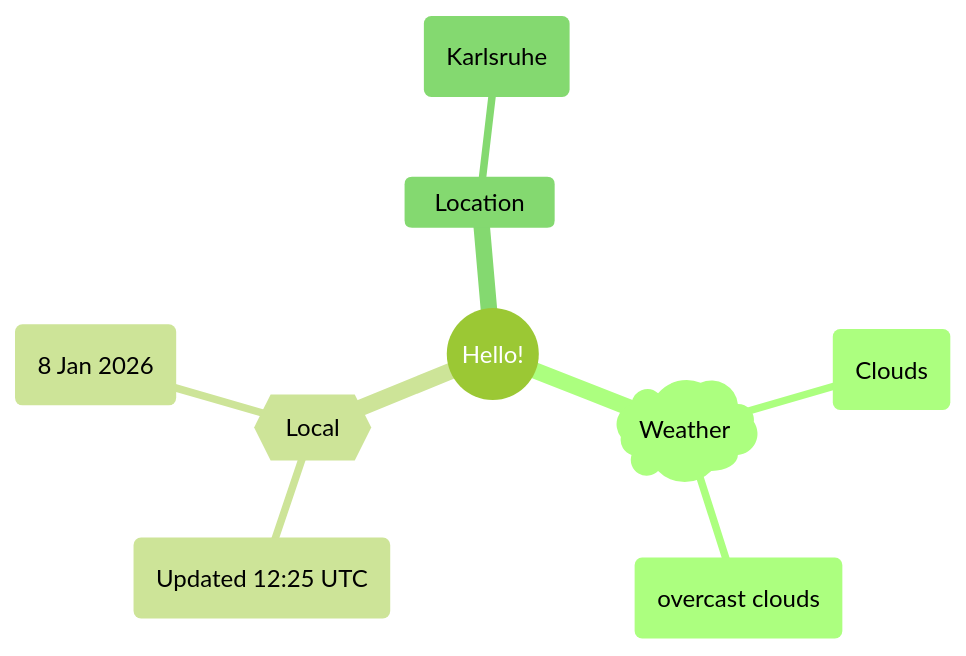
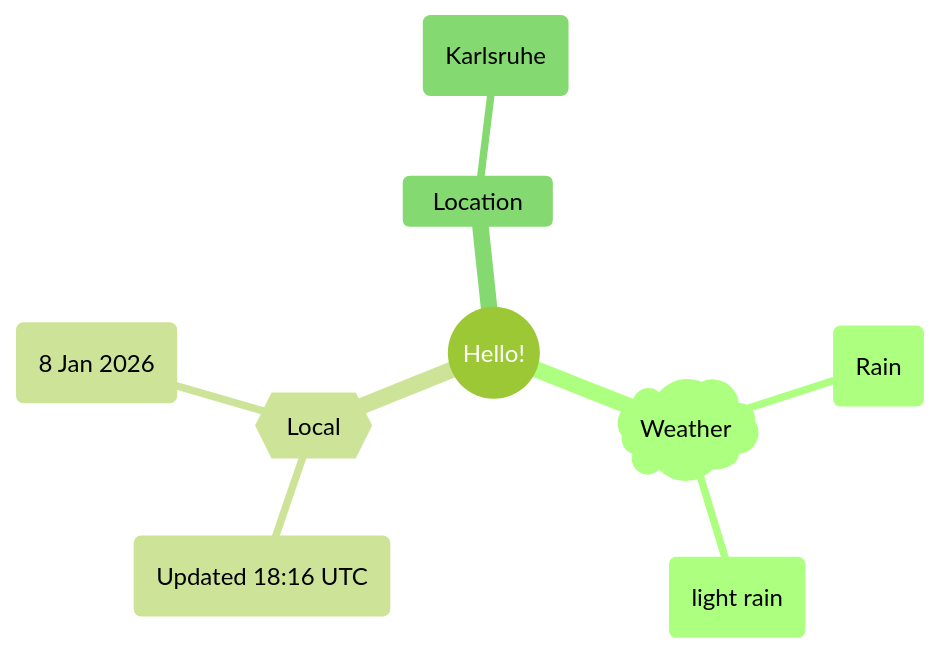
One commit to Xosrov/Xosrov changed the first of 2 diagrams in README.md. Above: the diagram before and after it, drawn with Mermaid (forest theme).

Commit message:
[bot] updated images

````diff
--- a/README.md
+++ b/README.md
@@ -3,12 +3,12 @@
 ```mermaid
 mindmap
   root((Hello!))
     )Weather(
-        (Clouds)
-        (overcast clouds)
+        (Rain)
+        (light rain)
     {{Local}}
-        (Updated 12:25 UTC)
+        (Updated 18:16 UTC)
         (8 Jan 2026)
     Location
         (Karlsruhe)
 ```
````
